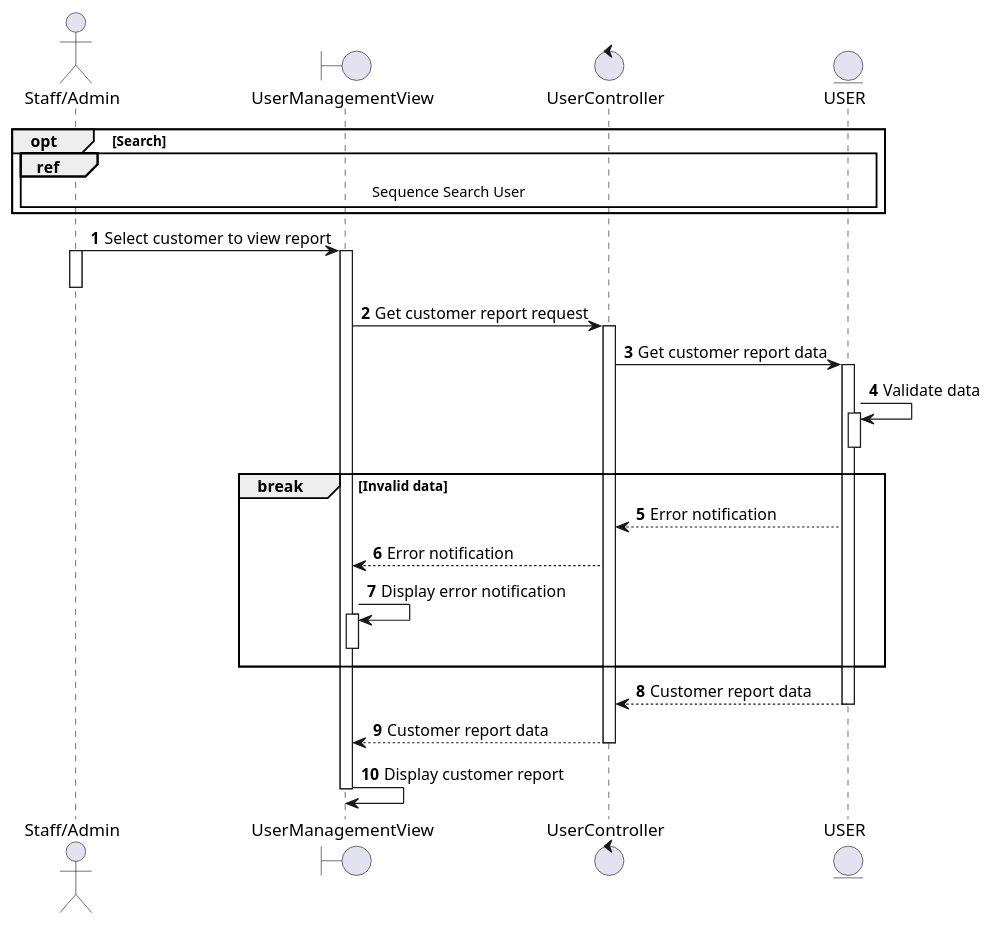
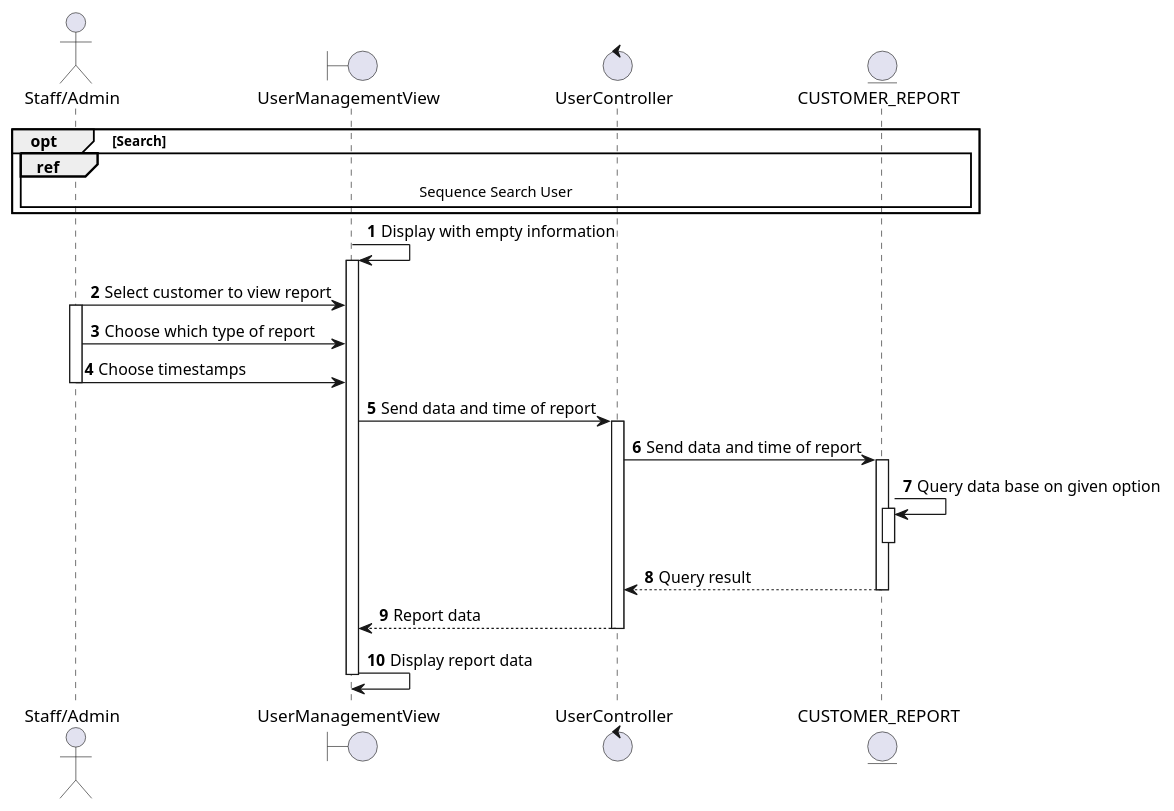
Before and after one commit to electricilies/electricilies.github.io: the diagram in docs/docs/sequence/manage-user/view-customer-report.md, drawn with PlantUML. The commit also changed 38 other files, not shown here.

````diff
--- a/docs/docs/sequence/manage-user/view-customer-report.md
+++ b/docs/docs/sequence/manage-user/view-customer-report.md
@@ -3,39 +3,35 @@
 ```plantuml
 @startuml
 autonumber
 
 actor "Staff/Admin" as SA
 boundary UserManagementView as UMV
 control UserController as UC
-entity USER as U
+entity CUSTOMER_REPORT as CR
 
 opt Search
-  ref over SA, U: Sequence Search User
+  ref over SA, CR: Sequence Search User
 end
+UMV -> UMV: Display with empty information
+activate UMV
 SA -> UMV: Select customer to view report
 activate SA
-activate UMV
+SA -> UMV: Choose which type of report
+SA -> UMV: Choose timestamps
 deactivate SA
-UMV -> UC: Get customer report request
+UMV -> UC: Send data and time of report
 activate UC
-UC -> U: Get customer report data
-activate U
-U -> U: Validate data
-activate U
-deactivate U
-break Invalid data
-  UC <-- U: Error notification
-  UMV <-- UC: Error notification
-  UMV -> UMV: Display error notification
-  activate UMV
-  deactivate UMV
-end
-UC <-- U: Customer report data
-deactivate U
-UMV <-- UC: Customer report data
+UC -> CR: Send data and time of report
+activate CR
+CR -> CR: Query data base on given option
+activate CR
+deactivate CR
+UC <-- CR: Query result
+deactivate CR
+UMV <-- UC: Report data
 deactivate UC
-UMV -> UMV: Display customer report
+UMV -> UMV: Display report data
 deactivate UMV
 
 @enduml
 ```
````
